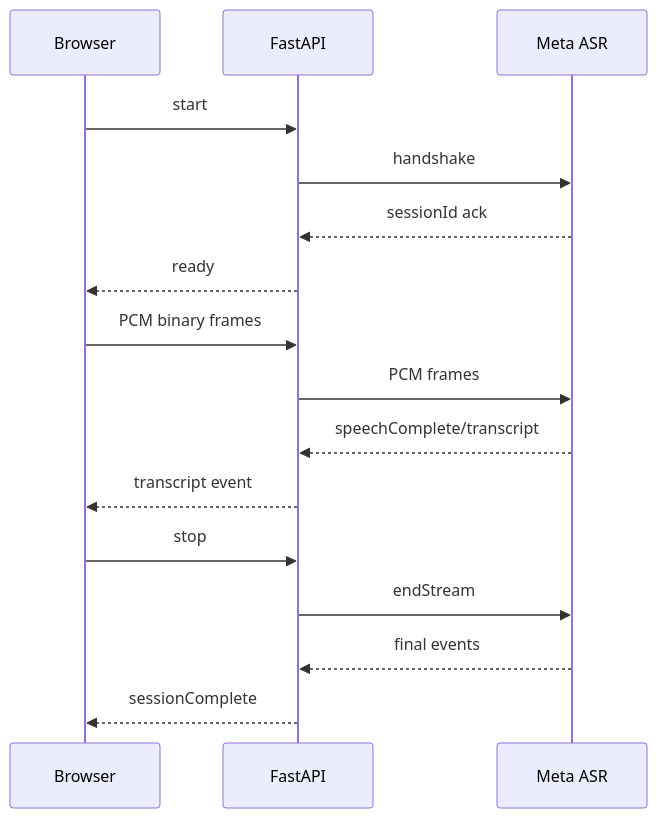
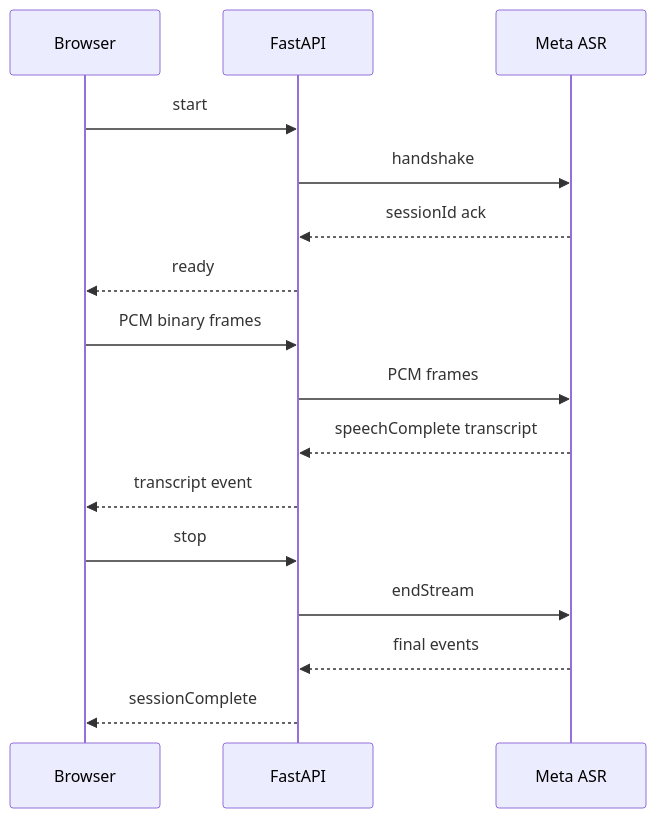
One commit to shantan1213/voice-pilot changed the diagram in docs/06-speech-to-text.md. Above: the diagram before and after it, drawn with Mermaid. The commit also changed 2 other files, not shown here.

Commit message:
Fix Mermaid documentation diagrams

````diff
--- a/docs/06-speech-to-text.md
+++ b/docs/06-speech-to-text.md
@@ -11,18 +11,18 @@
 ```mermaid
 sequenceDiagram
   participant B as Browser
   participant F as FastAPI
-  participant M as Meta ASR
+  participant ASR as Meta ASR
   B->>F: start
-  F->>M: handshake
-  M-->>F: sessionId ack
+  F->>ASR: handshake
+  ASR-->>F: sessionId ack
   F-->>B: ready
   B->>F: PCM binary frames
-  F->>M: PCM frames
-  M-->>F: speechComplete/transcript
+  F->>ASR: PCM frames
+  ASR-->>F: speechComplete transcript
   F-->>B: transcript event
   B->>F: stop
-  F->>M: endStream
-  M-->>F: final events
+  F->>ASR: endStream
+  ASR-->>F: final events
   F-->>B: sessionComplete
 ```
````
